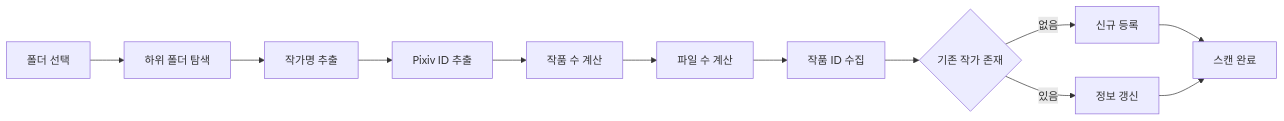
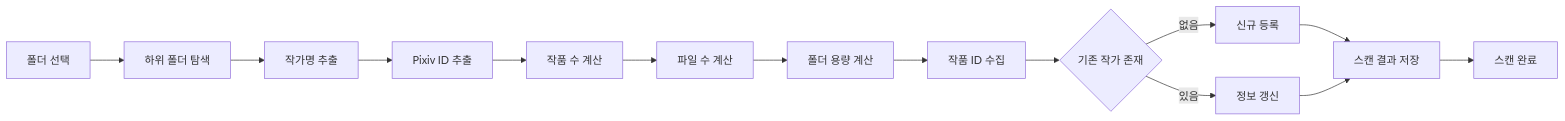
Before and after one commit to PKT0623/PixivLocalManager: the fourth of 25 diagrams in docs/03_SYSTEM_FLOW.md, drawn with Mermaid. The commit also changed other lines of this file and 10 other files, not shown here.

````diff
--- a/docs/03_SYSTEM_FLOW.md
+++ b/docs/03_SYSTEM_FLOW.md
@@ -25,20 +85,23 @@
 ```mermaid
 flowchart LR
 
 A[폴더 선택]
 
 A --> B[하위 폴더 탐색]
 B --> C[작가명 추출]
 C --> D[Pixiv ID 추출]
 D --> E[작품 수 계산]
 E --> F[파일 수 계산]
-F --> G[작품 ID 수집]
+F --> G[폴더 용량 계산]
+G --> H[작품 ID 수집]
 
-G --> H{기존 작가 존재}
+H --> I{기존 작가 존재}
 
-H -->|없음| I[신규 등록]
-H -->|있음| J[정보 갱신]
+I -->|없음| J[신규 등록]
+I -->|있음| K[정보 갱신]
 
-I --> K[스캔 완료]
-J --> K
+J --> L[스캔 결과 저장]
+K --> L
+
+L --> M[스캔 완료]
 ```
````
